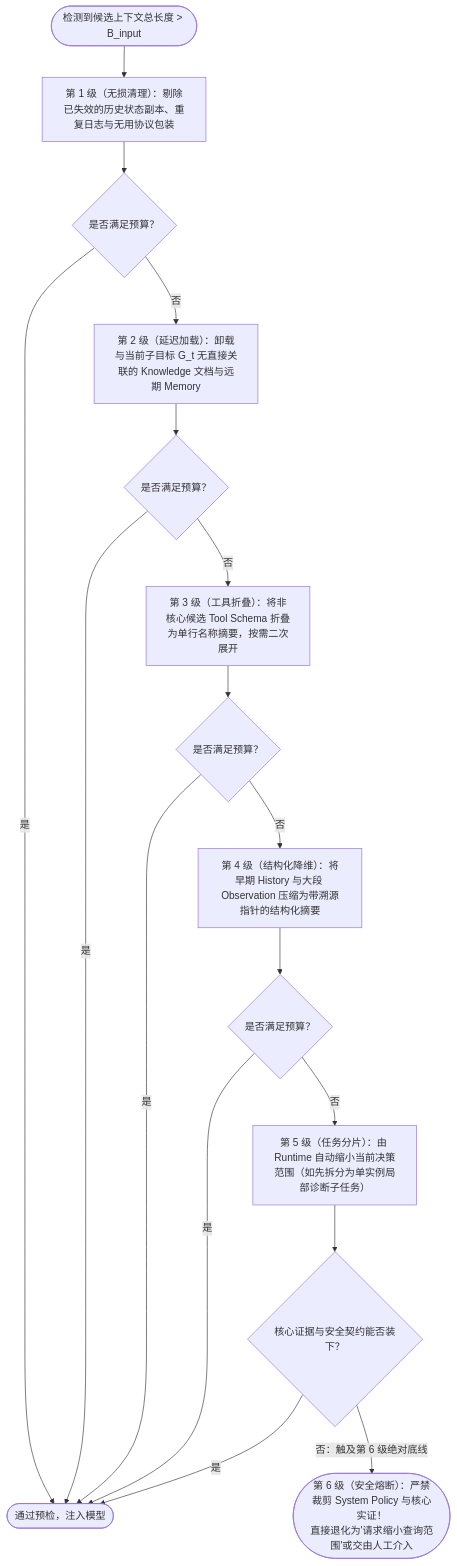
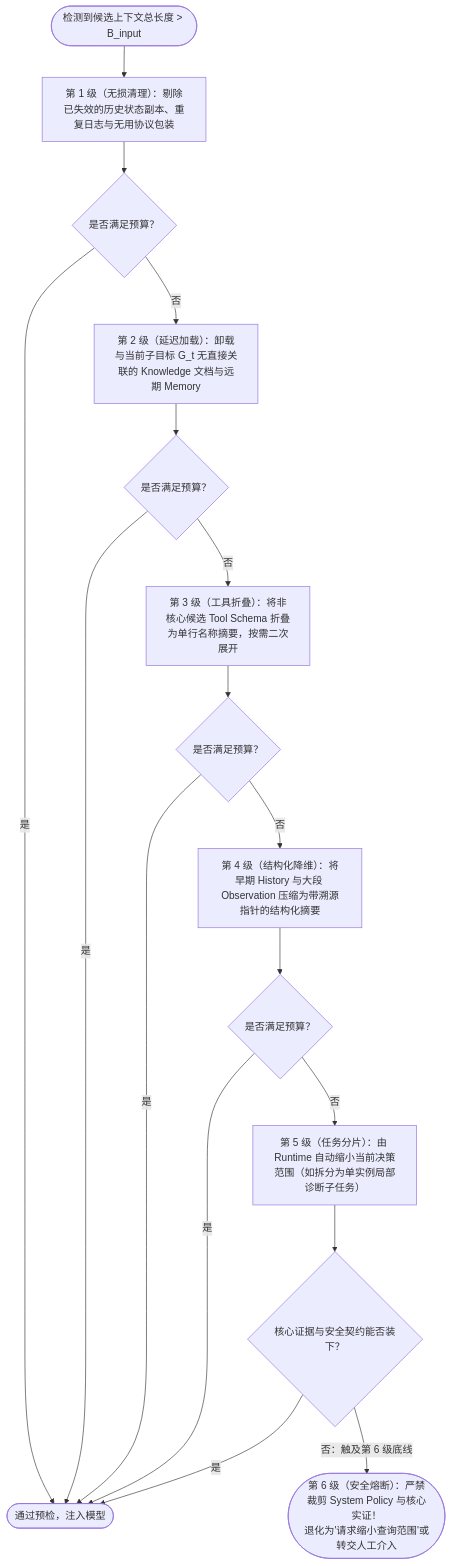
One commit to ideal-20/ai-agent-system-design changed the third of 4 diagrams in docs/03-context-engineering.md. Above: the diagram before and after it, drawn with Mermaid. The commit also changed other lines of this file, not shown here.

````diff
--- a/docs/03-context-engineering.md
+++ b/docs/03-context-engineering.md
@@ -588,26 +536,26 @@
 ```mermaid
 flowchart TD
     Start([检测到候选上下文总长度 > B_input]) --> L1
 
     L1["第 1 级（无损清理）：剔除已失效的历史状态副本、重复日志与无用协议包装"] --> Check1{是否满足预算？}
     Check1 -->|是| Pass([通过预检，注入模型])
     Check1 -->|否| L2
 
     L2["第 2 级（延迟加载）：卸载与当前子目标 G_t 无直接关联的 Knowledge 文档与远期 Memory"] --> Check2{是否满足预算？}
     Check2 -->|是| Pass
     Check2 -->|否| L3
 
     L3["第 3 级（工具折叠）：将非核心候选 Tool Schema 折叠为单行名称摘要，按需二次展开"] --> Check3{是否满足预算？}
     Check3 -->|是| Pass
     Check3 -->|否| L4
 
     L4["第 4 级（结构化降维）：将早期 History 与大段 Observation 压缩为带溯源指针的结构化摘要"] --> Check4{是否满足预算？}
     Check4 -->|是| Pass
     Check4 -->|否| L5
 
-    L5["第 5 级（任务分片）：由 Runtime 自动缩小当前决策范围（如先拆分为单实例局部诊断子任务）"] --> Check5{核心证据与安全契约能否装下？}
+    L5["第 5 级（任务分片）：由 Runtime 自动缩小当前决策范围（如拆分为单实例局部诊断子任务）"] --> Check5{核心证据与安全契约能否装下？}
     Check5 -->|是| Pass
-    Check5 -->|否：触及第 6 级绝对底线| L6
+    Check5 -->|否：触及第 6 级底线| L6
 
-    L6(["第 6 级（安全熔断）：严禁裁剪 System Policy 与核心实证！<br/>直接退化为'请求缩小查询范围'或交由人工介入"])
+    L6(["第 6 级（安全熔断）：严禁裁剪 System Policy 与核心实证！<br/>退化为'请求缩小查询范围'或转交人工介入"])
 ```
````
